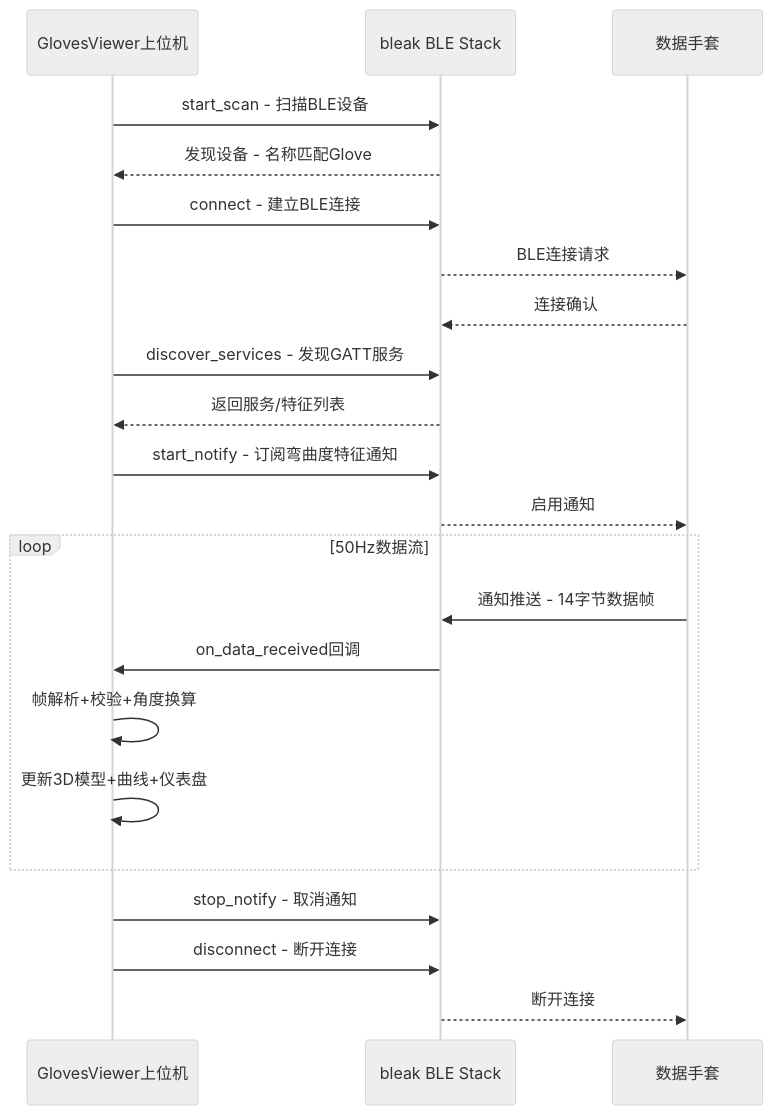
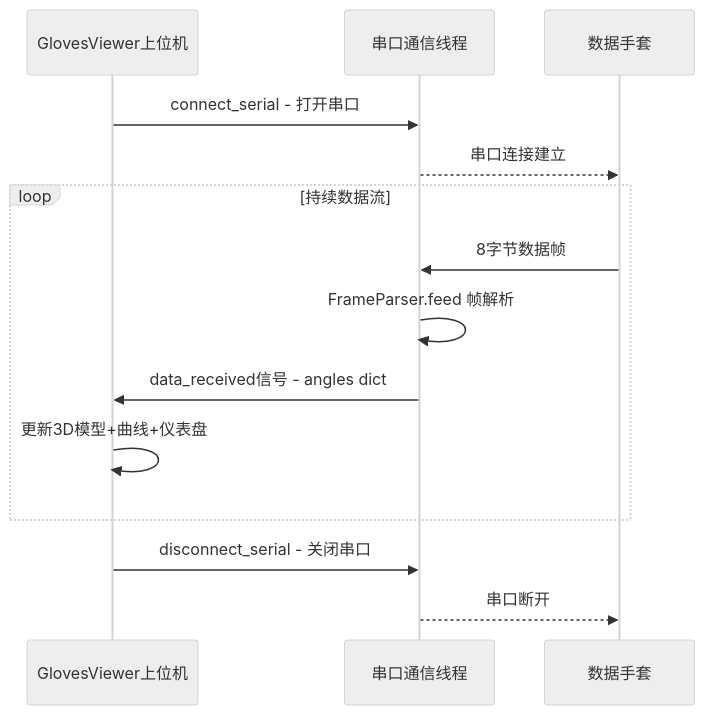
The second of 4 diagrams in plans/gloves_viewer_architecture.md (RichExplor/GlovesViewer), drawn with Mermaid (neutral theme) before and after one commit. The commit also changed other lines of this file and 10 other files, not shown here.

````diff
--- a/plans/gloves_viewer_architecture.md
+++ b/plans/gloves_viewer_architecture.md
@@ -95,27 +98,19 @@
 ```mermaid
 sequenceDiagram
     participant App as GlovesViewer上位机
-    participant BLE as bleak BLE Stack
+    participant Serial as 串口通信线程
     participant Glove as 数据手套
 
-    App->>BLE: start_scan - 扫描BLE设备
-    BLE-->>App: 发现设备 - 名称匹配Glove
-    App->>BLE: connect - 建立BLE连接
-    BLE-->>Glove: BLE连接请求
-    Glove-->>BLE: 连接确认
-    App->>BLE: discover_services - 发现GATT服务
-    BLE-->>App: 返回服务/特征列表
-    App->>BLE: start_notify - 订阅弯曲度特征通知
-    BLE-->>Glove: 启用通知
+    App->>Serial: connect_serial - 打开串口
+    Serial-->>Glove: 串口连接建立
 
-    loop 50Hz数据流
-        Glove->>BLE: 通知推送 - 14字节数据帧
-        BLE->>App: on_data_received回调
-        App->>App: 帧解析+校验+角度换算
+    loop 持续数据流
+        Glove->>Serial: 8字节数据帧
+        Serial->>Serial: FrameParser.feed 帧解析
+        Serial->>App: data_received信号 - angles dict
         App->>App: 更新3D模型+曲线+仪表盘
     end
 
-    App->>BLE: stop_notify - 取消通知
-    App->>BLE: disconnect - 断开连接
-    BLE-->>Glove: 断开连接
+    App->>Serial: disconnect_serial - 关闭串口
+    Serial-->>Glove: 串口断开
 ```
````
